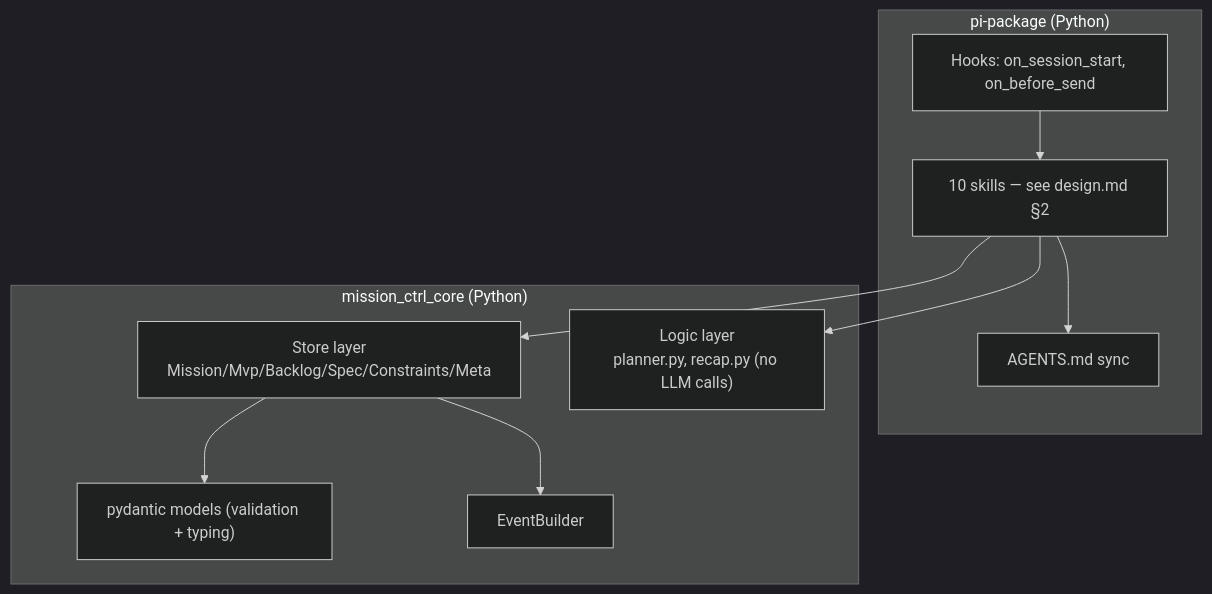
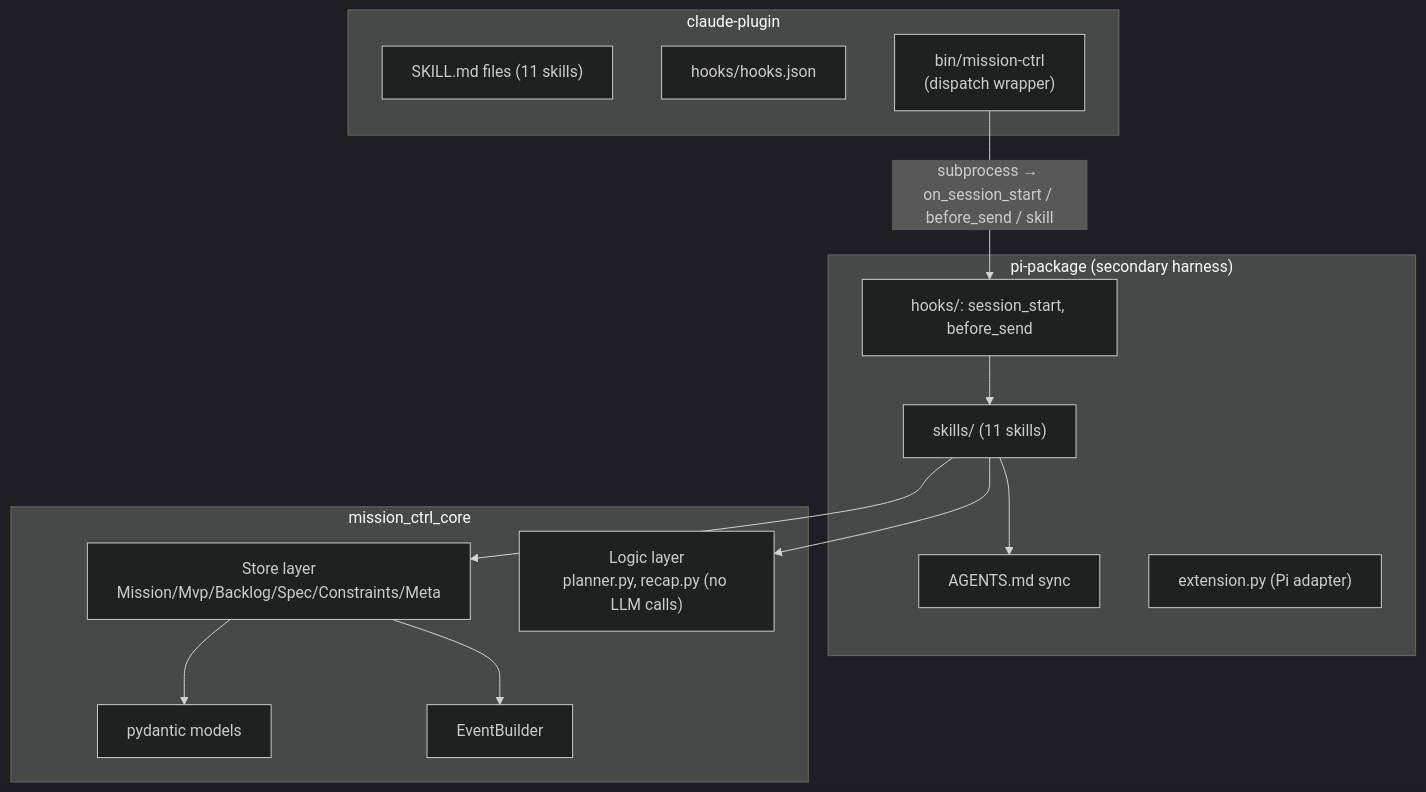
One commit to sdevikar/sdlc-tools changed the second of 4 diagrams in mission-ctrl/docs/architecture.md. Above: the diagram before and after it, drawn with Mermaid (dark theme). The commit also changed other lines of this file and 14 other files, not shown here.

````diff
--- a/mission-ctrl/docs/architecture.md
+++ b/mission-ctrl/docs/architecture.md
@@ -37,22 +36,30 @@
 ```mermaid
 flowchart TB
-    subgraph PiPackage["pi-package (Python)"]
-        Hooks["Hooks: on_session_start, on_before_send"]
-        Skills["10 skills — see design.md §2"]
-        Sync["AGENTS.md sync"]
+    subgraph ClaudePlugin["claude-plugin"]
+        SKILL_MD["SKILL.md files (11 skills)"]
+        HooksJSON["hooks/hooks.json"]
+        Bin["bin/mission-ctrl\n(dispatch wrapper)"]
     end
 
-    subgraph Core["mission_ctrl_core (Python)"]
+    subgraph PiPackage["pi-package (secondary harness)"]
+        Hooks["hooks/: session_start, before_send"]
+        Skills["skills/ (11 skills)"]
+        Sync["AGENTS.md sync"]
+        Ext["extension.py (Pi adapter)"]
+    end
+
+    subgraph Core["mission_ctrl_core"]
         Store["Store layer\nMission/Mvp/Backlog/Spec/Constraints/Meta"]
         Logic["Logic layer\nplanner.py, recap.py (no LLM calls)"]
-        Schema["pydantic models (validation + typing)"]
+        Schema["pydantic models"]
         EventB["EventBuilder"]
     end
 
+    Bin -->|subprocess → on_session_start / before_send / skill| Hooks
+    Hooks --> Skills
     Skills --> Store
     Skills --> Logic
     Store --> Schema
     Store --> EventB
-    Hooks --> Skills
     Skills --> Sync
 ```
````
